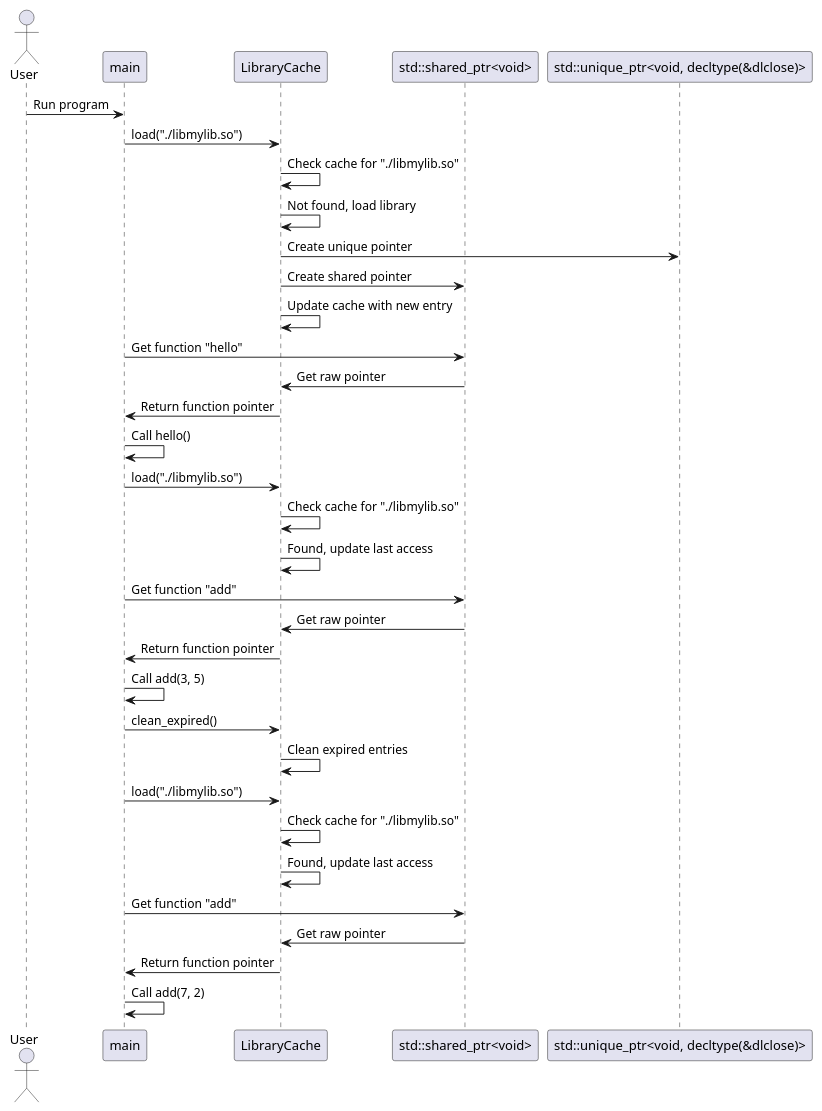
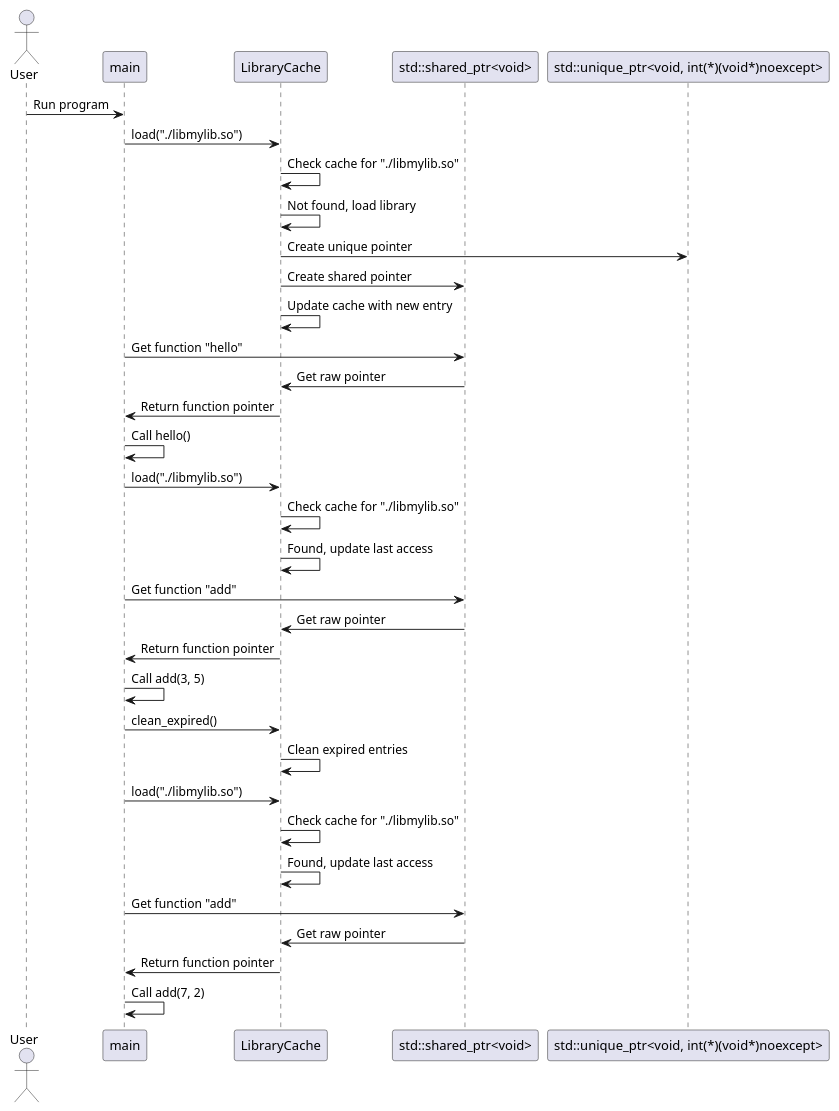
One commit to greenhandzdl/others changed the diagram in CPP/lib/CommunicationD.pu. Above: the diagram before and after it, drawn with PlantUML. The commit also changed 3 other files, not shown here.

Commit message:
fix：图标信息

```diff
--- a/CPP/lib/CommunicationD.pu
+++ b/CPP/lib/CommunicationD.pu
@@ -1,35 +1,35 @@
 @startuml
 actor User
 participant main
 participant LibraryCache as Cache
 participant "std::shared_ptr<void>" as SharedPtr
-participant "std::unique_ptr<void, decltype(&dlclose)>" as UniquePtr
+participant "std::unique_ptr<void, int(*)(void*)noexcept>" as UniquePtr
 
 User -> main: Run program
 main -> Cache: load("./libmylib.so")
 Cache -> Cache: Check cache for "./libmylib.so"
 Cache -> Cache: Not found, load library
 Cache -> UniquePtr: Create unique pointer
 Cache -> SharedPtr: Create shared pointer
 Cache -> Cache: Update cache with new entry
 main -> SharedPtr: Get function "hello"
 SharedPtr -> Cache: Get raw pointer
 Cache -> main: Return function pointer
 main -> main: Call hello()
 main -> Cache: load("./libmylib.so")
 Cache -> Cache: Check cache for "./libmylib.so"
 Cache -> Cache: Found, update last access
 main -> SharedPtr: Get function "add"
 SharedPtr -> Cache: Get raw pointer
 Cache -> main: Return function pointer
 main -> main: Call add(3, 5)
 main -> Cache: clean_expired()
 Cache -> Cache: Clean expired entries
 main -> Cache: load("./libmylib.so")
 Cache -> Cache: Check cache for "./libmylib.so"
 Cache -> Cache: Found, update last access
 main -> SharedPtr: Get function "add"
 SharedPtr -> Cache: Get raw pointer
 Cache -> main: Return function pointer
 main -> main: Call add(7, 2)
 @enduml
```
